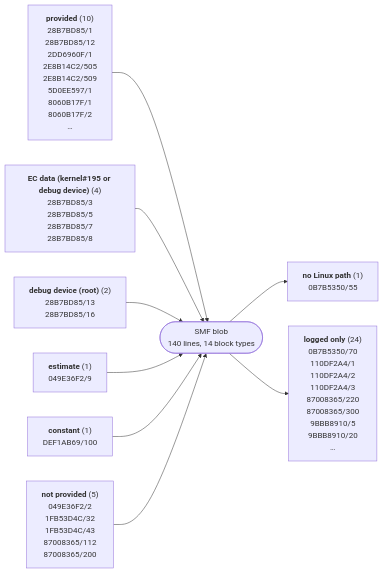
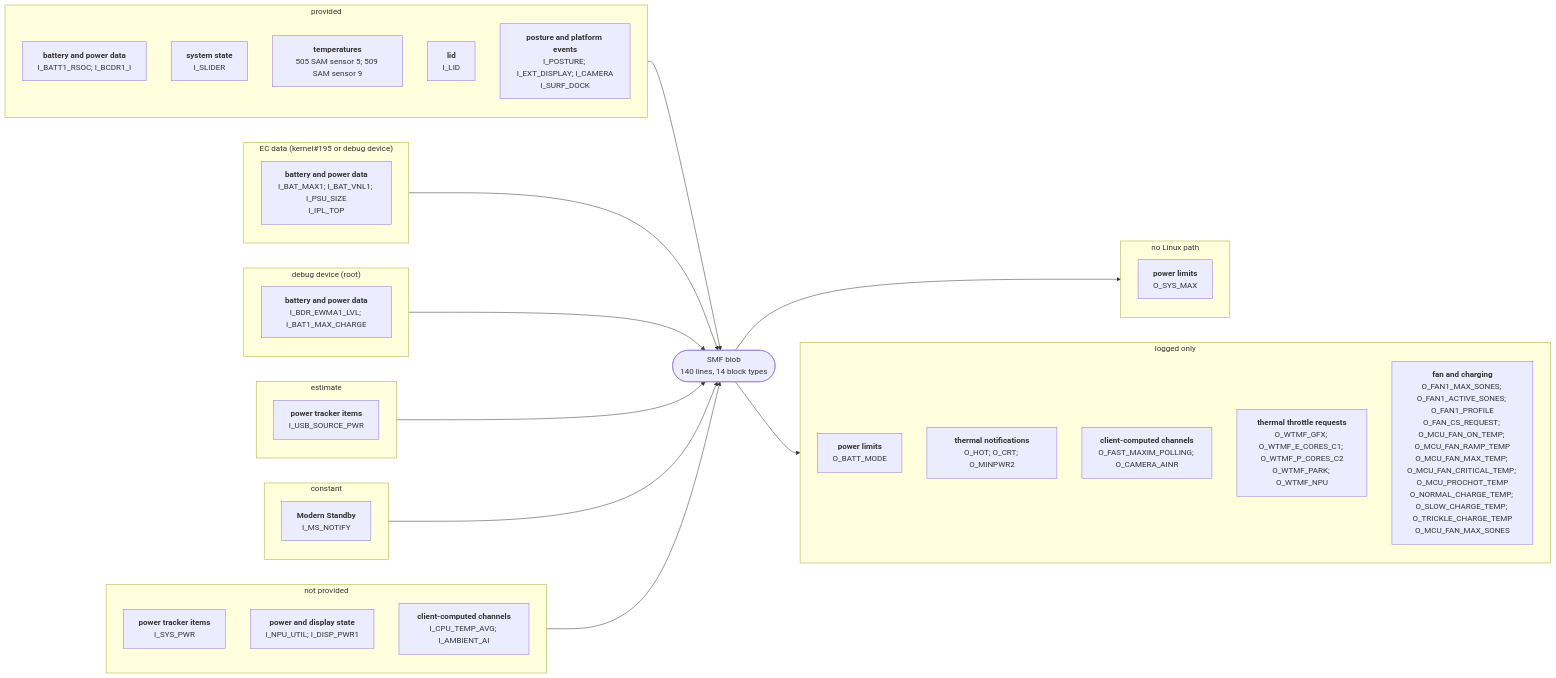
The diagram in docs/devices/surface-laptop-13.md (larsschellhas/linux-surface-power), drawn with Mermaid before and after one commit. The commit also changed other lines of this file and 31 other files, not shown here.

First line of the commit message:
Rate devices by their outputs; complete device diagrams

````diff
--- a/docs/devices/surface-laptop-13.md
+++ b/docs/devices/surface-laptop-13.md
@@ -17,12 +19,46 @@
 ```mermaid
 flowchart LR
-    I0["<b>provided</b> (10)<br/>28B7BD85/1<br/>28B7BD85/12<br/>2DD6960F/1<br/>2E8B14C2/505<br/>2E8B14C2/509<br/>5D0EE597/1<br/>8060B17F/1<br/>8060B17F/2<br/>…"] --> B
-    I1["<b>EC data (kernel#195 or debug device)</b> (4)<br/>28B7BD85/3<br/>28B7BD85/5<br/>28B7BD85/7<br/>28B7BD85/8"] --> B
-    I2["<b>debug device (root)</b> (2)<br/>28B7BD85/13<br/>28B7BD85/16"] --> B
-    I3["<b>estimate</b> (1)<br/>049E36F2/9"] --> B
-    I4["<b>constant</b> (1)<br/>DEF1AB69/100"] --> B
-    I5["<b>not provided</b> (5)<br/>049E36F2/2<br/>1FB53D4C/32<br/>1FB53D4C/43<br/>87008365/112<br/>87008365/200"] --> B
+    subgraph IN0["provided"]
+        I0_28B7BD85["<b>battery and power data</b><br/>I_BATT1_RSOC; I_BCDR1_I"]
+        I0_2DD6960F["<b>system state</b><br/>I_SLIDER"]
+        I0_2E8B14C2["<b>temperatures</b><br/>505 SAM sensor 5; 509 SAM sensor 9"]
+        I0_5D0EE597["<b>lid</b><br/>I_LID"]
+        I0_8060B17F["<b>posture and platform events</b><br/>I_POSTURE; I_EXT_DISPLAY; I_CAMERA<br/>I_SURF_DOCK"]
+    end
+    IN0 --> B
+    subgraph IN1["EC data (kernel#195 or debug device)"]
+        I1_28B7BD85["<b>battery and power data</b><br/>I_BAT_MAX1; I_BAT_VNL1; I_PSU_SIZE<br/>I_IPL_TOP"]
+    end
+    IN1 --> B
+    subgraph IN2["debug device (root)"]
+        I2_28B7BD85["<b>battery and power data</b><br/>I_BDR_EWMA1_LVL; I_BAT1_MAX_CHARGE"]
+    end
+    IN2 --> B
+    subgraph IN3["estimate"]
+        I3_049E36F2["<b>power tracker items</b><br/>I_USB_SOURCE_PWR"]
+    end
+    IN3 --> B
+    subgraph IN4["constant"]
+        I4_DEF1AB69["<b>Modern Standby</b><br/>I_MS_NOTIFY"]
+    end
+    IN4 --> B
+    subgraph IN5["not provided"]
+        I5_049E36F2["<b>power tracker items</b><br/>I_SYS_PWR"]
+        I5_1FB53D4C["<b>power and display state</b><br/>I_NPU_UTIL; I_DISP_PWR1"]
+        I5_87008365["<b>client-computed channels</b><br/>I_CPU_TEMP_AVG; I_AMBIENT_AI"]
+    end
+    IN5 --> B
     B(["SMF blob<br/>140 lines, 14 block types"])
-    B --> O0["<b>no Linux path</b> (1)<br/>0B7B5350/55"]
-    B --> O1["<b>logged only</b> (24)<br/>0B7B5350/70<br/>110DF2A4/1<br/>110DF2A4/2<br/>110DF2A4/3<br/>87008365/220<br/>87008365/300<br/>9BBB8910/5<br/>9BBB8910/20<br/>…"]
+    subgraph OUT0["no Linux path"]
+        O0_0B7B5350["<b>power limits</b><br/>O_SYS_MAX"]
+    end
+    B --> OUT0
+    subgraph OUT1["logged only"]
+        O1_0B7B5350["<b>power limits</b><br/>O_BATT_MODE"]
+        O1_110DF2A4["<b>thermal notifications</b><br/>O_HOT; O_CRT; O_MINPWR2"]
+        O1_87008365["<b>client-computed channels</b><br/>O_FAST_MAXIM_POLLING; O_CAMERA_AINR"]
+        O1_9BBB8910["<b>thermal throttle requests</b><br/>O_WTMF_GFX; O_WTMF_E_CORES_C1; O_WTMF_P_CORES_C2<br/>O_WTMF_PARK; O_WTMF_NPU"]
+        O1_B620798F["<b>fan and charging</b><br/>O_FAN1_MAX_SONES; O_FAN1_ACTIVE_SONES; O_FAN1_PROFILE<br/>O_FAN_CS_REQUEST; O_MCU_FAN_ON_TEMP; O_MCU_FAN_RAMP_TEMP<br/>O_MCU_FAN_MAX_TEMP; O_MCU_FAN_CRITICAL_TEMP; O_MCU_PROCHOT_TEMP<br/>O_NORMAL_CHARGE_TEMP; O_SLOW_CHARGE_TEMP; O_TRICKLE_CHARGE_TEMP<br/>O_MCU_FAN_MAX_SONES"]
+    end
+    B --> OUT1
 ```
````
